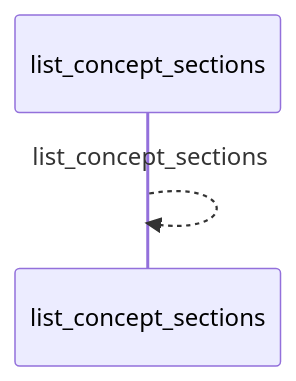
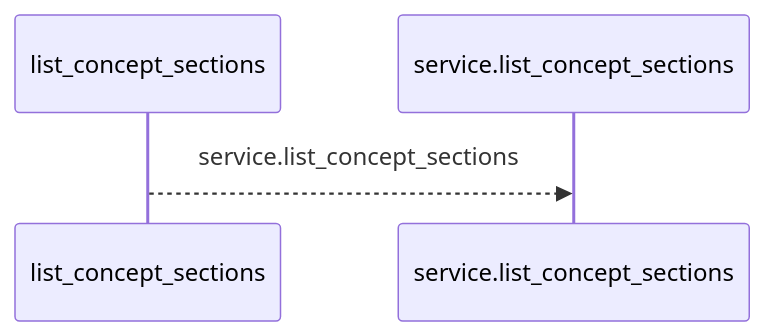
Before and after one commit to Denissvgn/python-wiki-llm: the first of 2 diagrams in docs/llm_wiki/flows/mcp-list_concept_sections.md, drawn with Mermaid. The commit also changed other lines of this file and 719 other files, not shown here.

````diff
--- a/docs/llm_wiki/flows/mcp-list_concept_sections.md
+++ b/docs/llm_wiki/flows/mcp-list_concept_sections.md
@@ -10,5 +10,6 @@
 ```mermaid
 sequenceDiagram
     participant p0 as list_concept_sections
-    p0-->>p0: list_concept_sections
+    participant p1 as service.list_concept_sections
+    p0-->>p1: service.list_concept_sections
 ```
````
